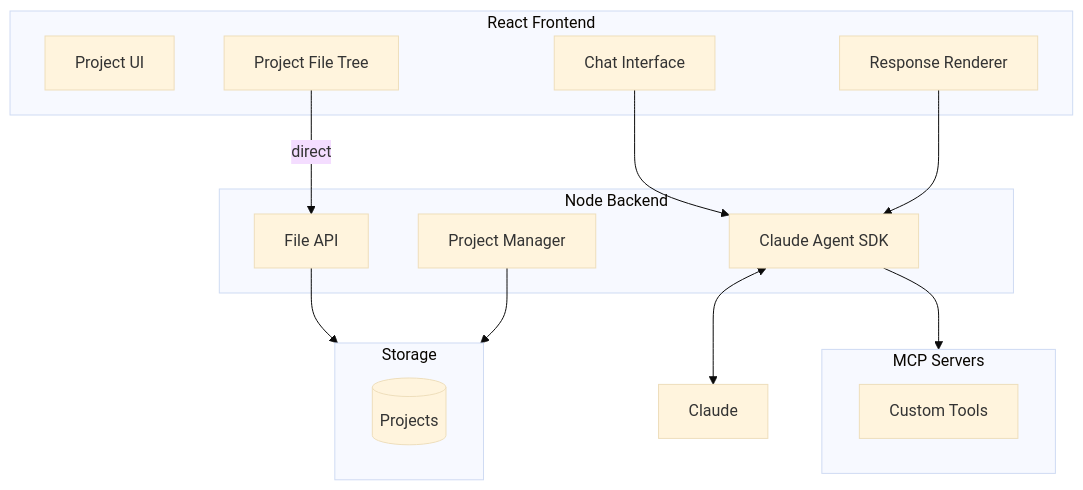
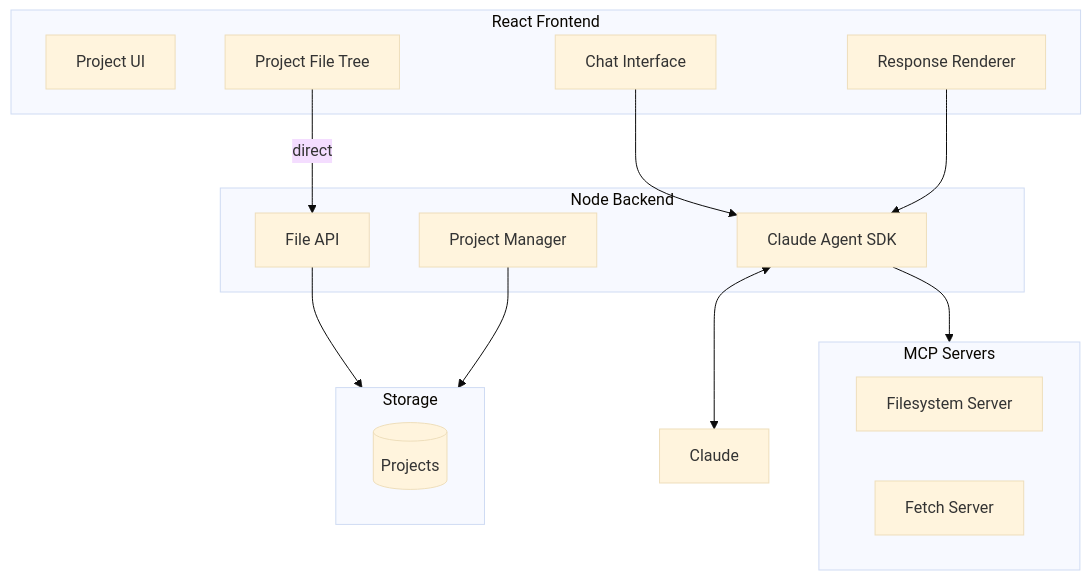
Before and after one commit to willhaslett/gimbal: the diagram in ARCHITECTURE.md, drawn with Mermaid (base theme). The commit also changed other lines of this file and 6 other files, not shown here.

Commit message:
add web fetch MCP server and file write capability

````diff
--- a/ARCHITECTURE.md
+++ b/ARCHITECTURE.md
@@ -34,31 +34,32 @@
 ```mermaid
 flowchart TB
     subgraph Frontend["React Frontend"]
         UI[Project UI]
         FileTree[Project File Tree]
         Chat[Chat Interface]
         ResponseRenderer[Response Renderer]
     end
 
     subgraph Backend["Node Backend"]
         FileAPI[File API]
         SDK[Claude Agent SDK]
         ProjectManager[Project Manager]
     end
 
     subgraph MCP["MCP Servers"]
-        Tools[Custom Tools]
+        Filesystem[Filesystem Server]
+        Fetch[Fetch Server]
     end
 
     subgraph Storage["Storage"]
         Projects[(Projects)]
     end
 
     FileTree -->|direct| FileAPI
     Chat --> SDK
     ResponseRenderer --> SDK
     SDK --> MCP
     FileAPI --> Storage
     ProjectManager --> Storage
     SDK <--> Claude
 ```
````
